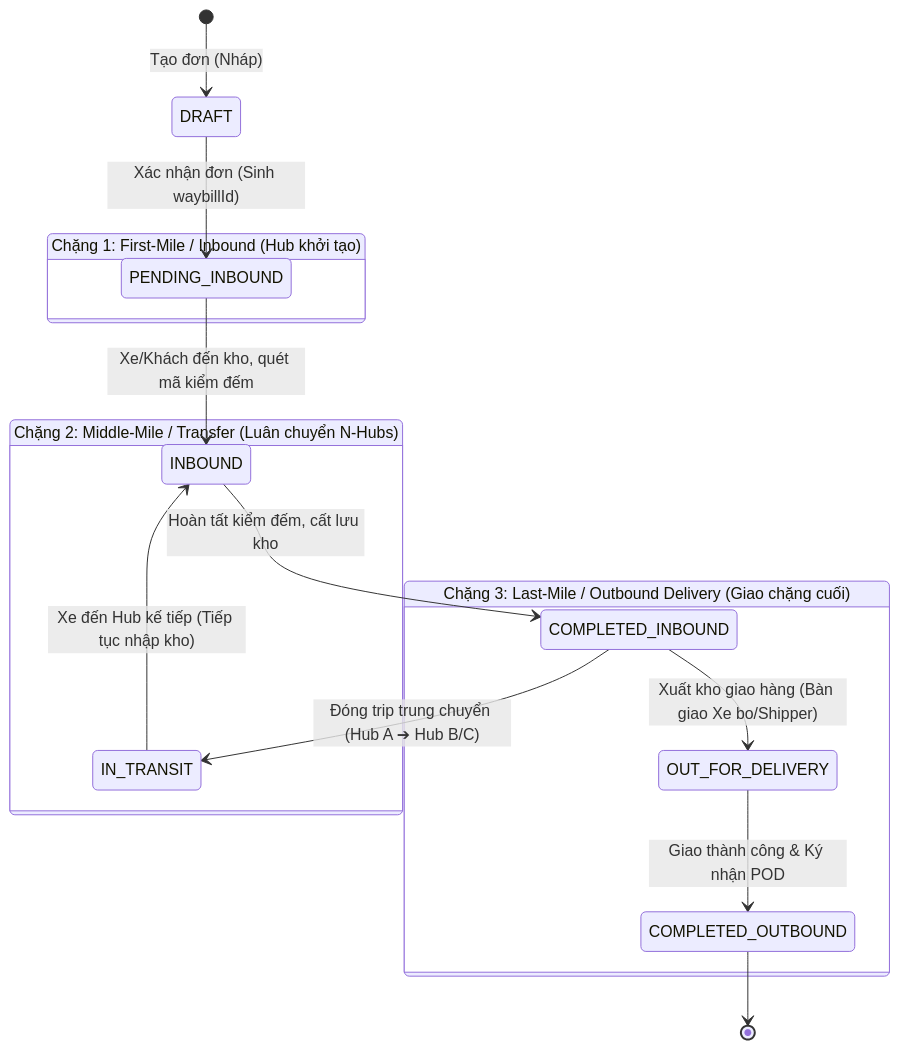
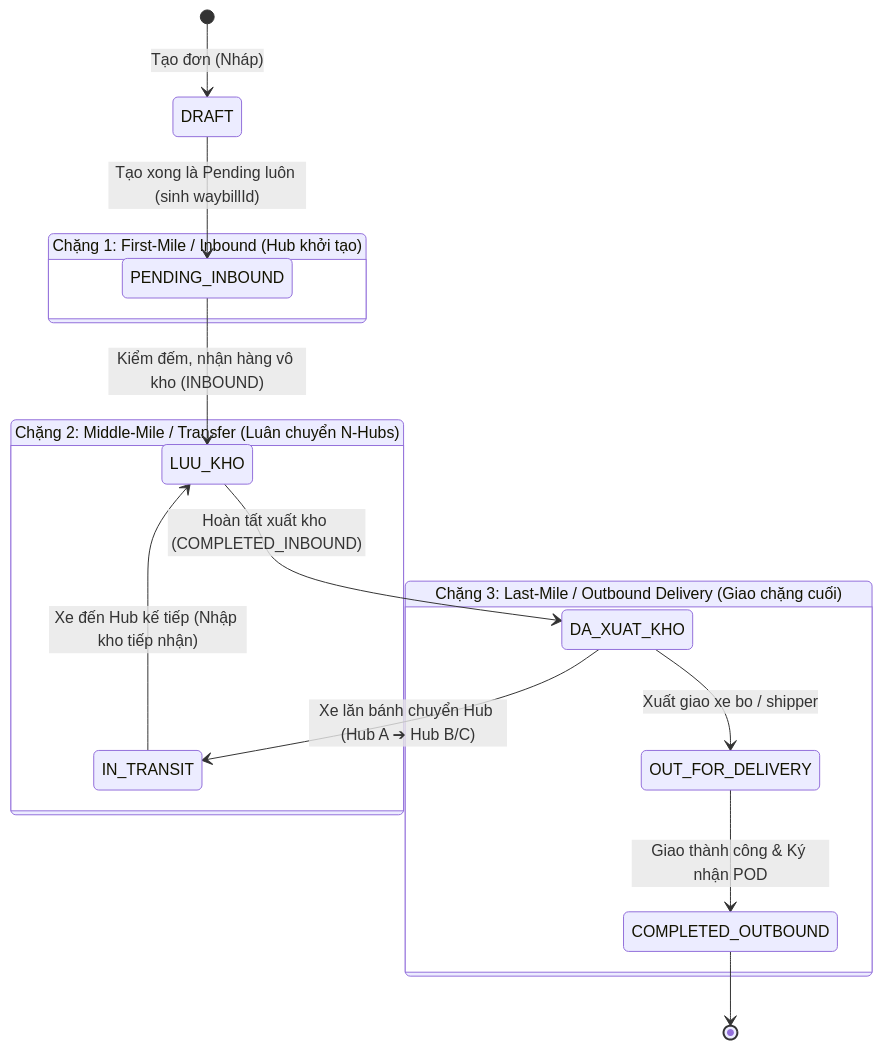
One commit to lyquangthai1993/logistics-website changed the third of 3 diagrams in Task_Warehouse_Design_UI.md. Above: the diagram before and after it, drawn with Mermaid. The commit also changed other lines of this file and 6 other files, not shown here.

````diff
--- a/Task_Warehouse_Design_UI.md
+++ b/Task_Warehouse_Design_UI.md
@@ -247,22 +253,22 @@
 ```mermaid
 stateDiagram-v2
     [*] --> DRAFT: Tạo đơn (Nháp)
-    DRAFT --> PENDING_INBOUND: Xác nhận đơn (Sinh waybillId)
+    DRAFT --> PENDING_INBOUND: Tạo xong là Pending luôn (sinh waybillId)
     
     state "Chặng 1: First-Mile / Inbound (Hub khởi tạo)" as Phase1 {
-        PENDING_INBOUND --> INBOUND: Xe/Khách đến kho, quét mã kiểm đếm
-        INBOUND --> COMPLETED_INBOUND: Hoàn tất kiểm đếm, cất lưu kho
+        PENDING_INBOUND --> LUU_KHO: Kiểm đếm, nhận hàng vô kho (INBOUND)
+        LUU_KHO --> DA_XUAT_KHO: Hoàn tất xuất kho (COMPLETED_INBOUND)
     }
 
     state "Chặng 2: Middle-Mile / Transfer (Luân chuyển N-Hubs)" as Phase2 {
-        COMPLETED_INBOUND --> IN_TRANSIT: Đóng trip trung chuyển (Hub A ➔ Hub B/C)
-        IN_TRANSIT --> INBOUND: Xe đến Hub kế tiếp (Tiếp tục nhập kho)
+        DA_XUAT_KHO --> IN_TRANSIT: Xe lăn bánh chuyển Hub (Hub A ➔ Hub B/C)
+        IN_TRANSIT --> LUU_KHO: Xe đến Hub kế tiếp (Nhập kho tiếp nhận)
     }
 
     state "Chặng 3: Last-Mile / Outbound Delivery (Giao chặng cuối)" as Phase3 {
-        COMPLETED_INBOUND --> OUT_FOR_DELIVERY: Xuất kho giao hàng (Bàn giao Xe bo/Shipper)
+        DA_XUAT_KHO --> OUT_FOR_DELIVERY: Xuất giao xe bo / shipper
         OUT_FOR_DELIVERY --> COMPLETED_OUTBOUND: Giao thành công & Ký nhận POD
     }
 
     COMPLETED_OUTBOUND --> [*]
 ```
````
